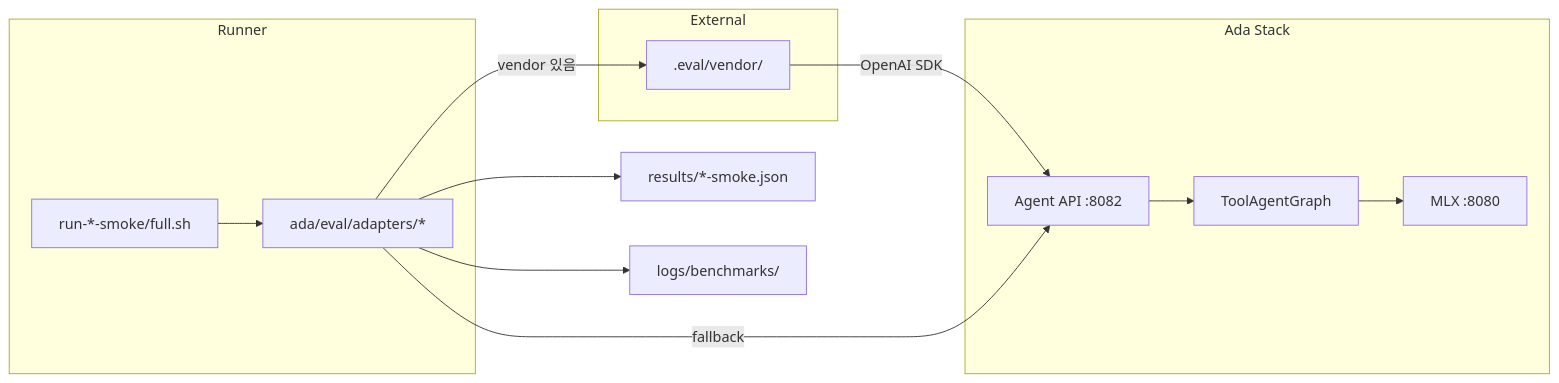
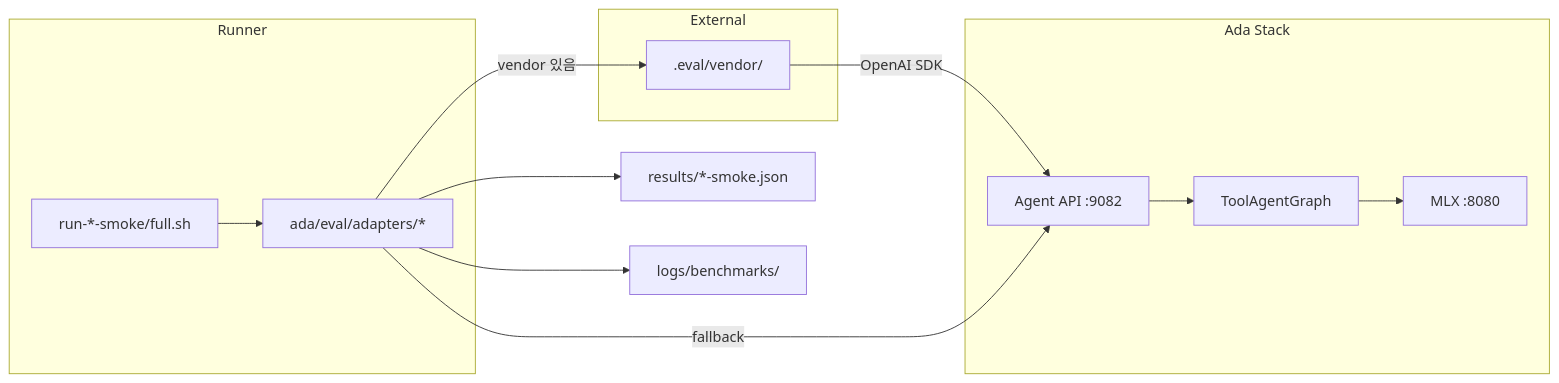
The diagram in docs/ada/eval/BENCHMARKS.md (scott-kim-7/adacode), drawn with Mermaid before and after one commit. The commit also changed other lines of this file and 48 other files, not shown here.

First line of the commit message:
fix(ada): move Agent API to :9082 to avoid MLX port range 8080-8090

````diff
--- a/docs/ada/eval/BENCHMARKS.md
+++ b/docs/ada/eval/BENCHMARKS.md
@@ -13,23 +13,23 @@
 ```mermaid
 flowchart LR
   subgraph runners [Runner]
     Script[run-*-smoke/full.sh]
     Adapter[ada/eval/adapters/*]
   end
   subgraph ada_stack [Ada Stack]
-    Agent[Agent API :8082]
+    Agent[Agent API :9082]
     ToolGraph[ToolAgentGraph]
     MLX[MLX :8080]
   end
   subgraph external [External]
     Vendor[.eval/vendor/]
   end
   Script --> Adapter
   Adapter -->|vendor 있음| Vendor
   Vendor -->|OpenAI SDK| Agent
   Adapter -->|fallback| Agent
   Agent --> ToolGraph
   ToolGraph --> MLX
   Adapter --> JSON[results/*-smoke.json]
   Adapter --> Log[logs/benchmarks/]
 ```
````
